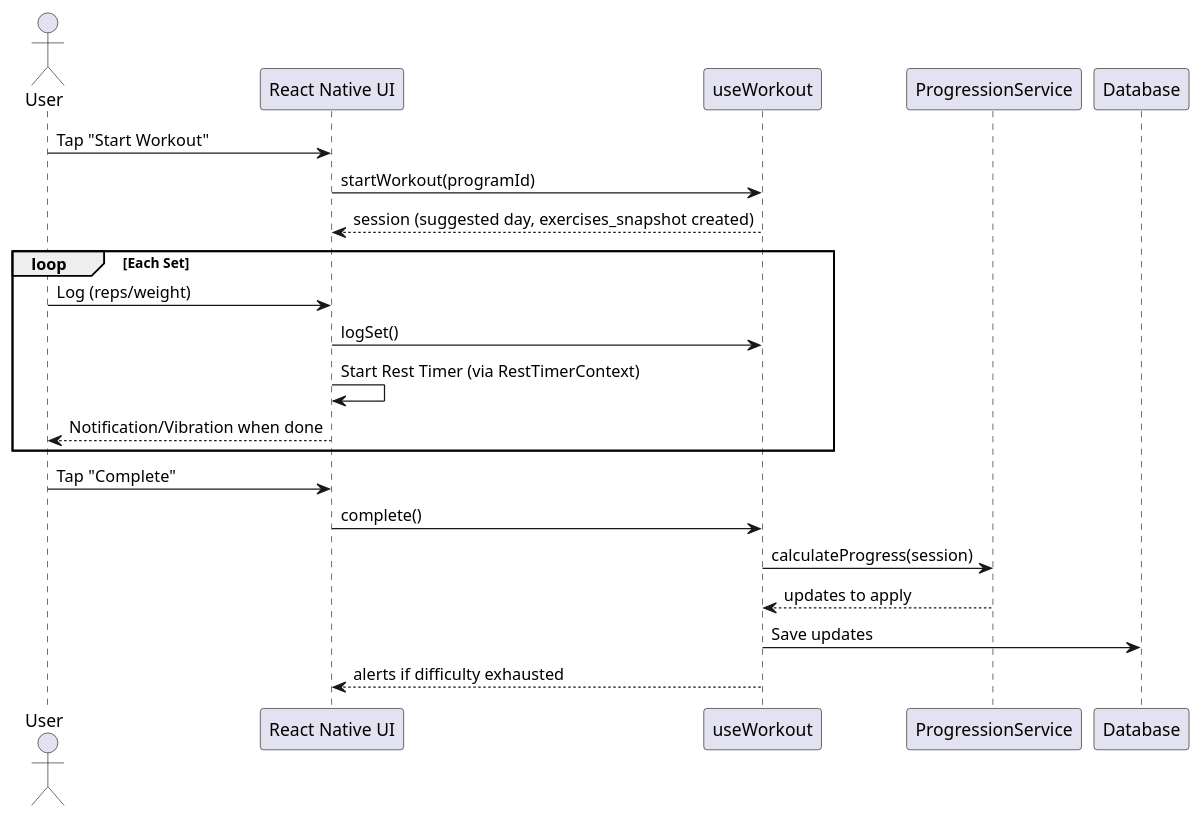
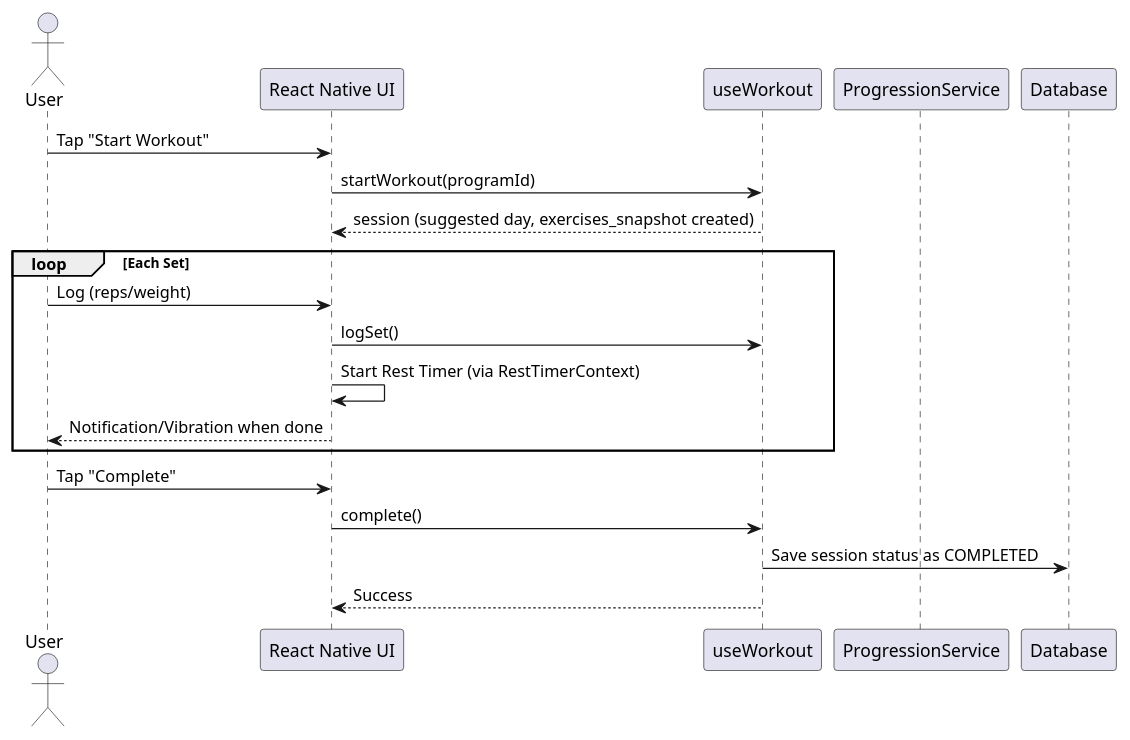
One commit to jfdg01/gym-tracker-v2 changed the first of 2 diagrams in docs/design-doc.md. Above: the diagram before and after it, drawn with PlantUML. The commit also changed other lines of this file and 1 other file, not shown here.

````diff
--- a/docs/design-doc.md
+++ b/docs/design-doc.md
@@ -281,26 +366,24 @@
 ```plantuml
 @startuml
 actor User
 participant UI as "React Native UI"
 participant WorkoutHook as "useWorkout"
 participant ProgressionService as "ProgressionService"
 
 User -> UI: Tap "Start Workout"
 UI -> WorkoutHook: startWorkout(programId)
 WorkoutHook --> UI: session (suggested day, exercises_snapshot created)
 
 loop Each Set
     User -> UI: Log (reps/weight)
     UI -> WorkoutHook: logSet()
     UI -> UI: Start Rest Timer (via RestTimerContext)
     UI --> User: Notification/Vibration when done
 end
 
 User -> UI: Tap "Complete"
 UI -> WorkoutHook: complete()
-WorkoutHook -> ProgressionService: calculateProgress(session)
-ProgressionService --> WorkoutHook: updates to apply
-WorkoutHook -> Database: Save updates
-WorkoutHook --> UI: alerts if difficulty exhausted
+WorkoutHook -> Database: Save session status as COMPLETED
+WorkoutHook --> UI: Success
 @enduml
 ```
````
